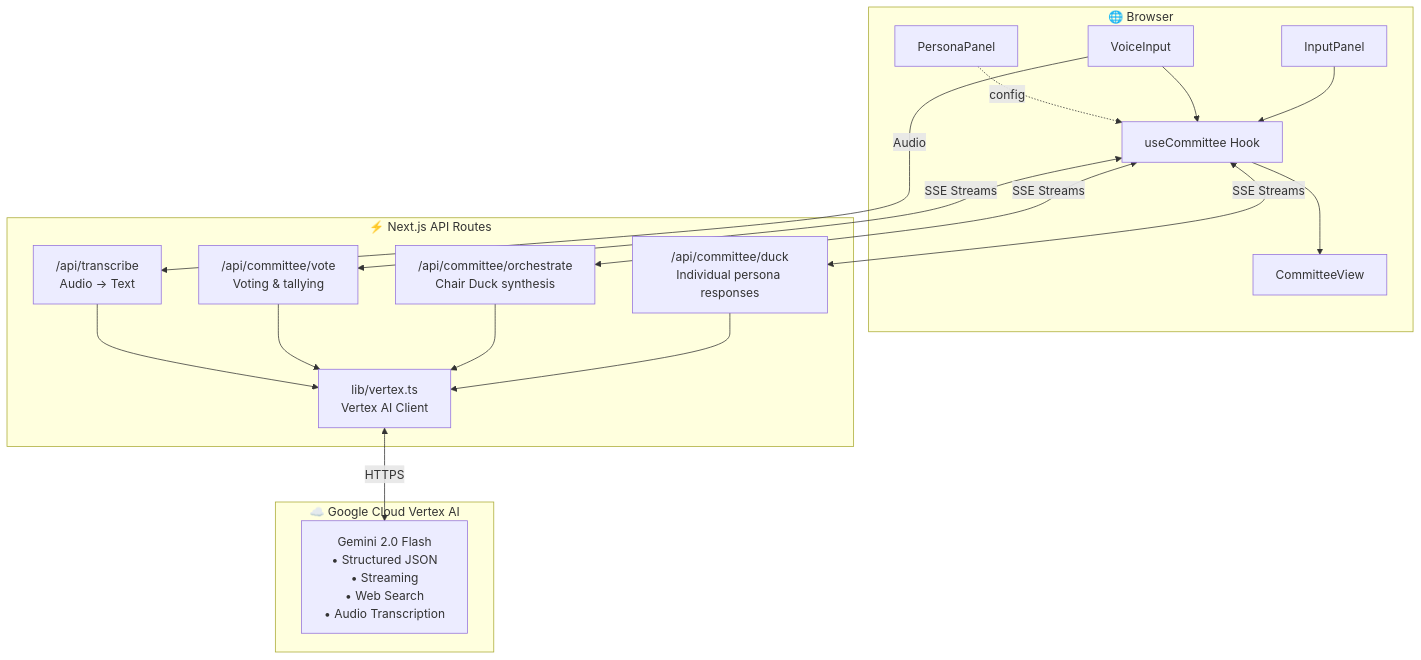
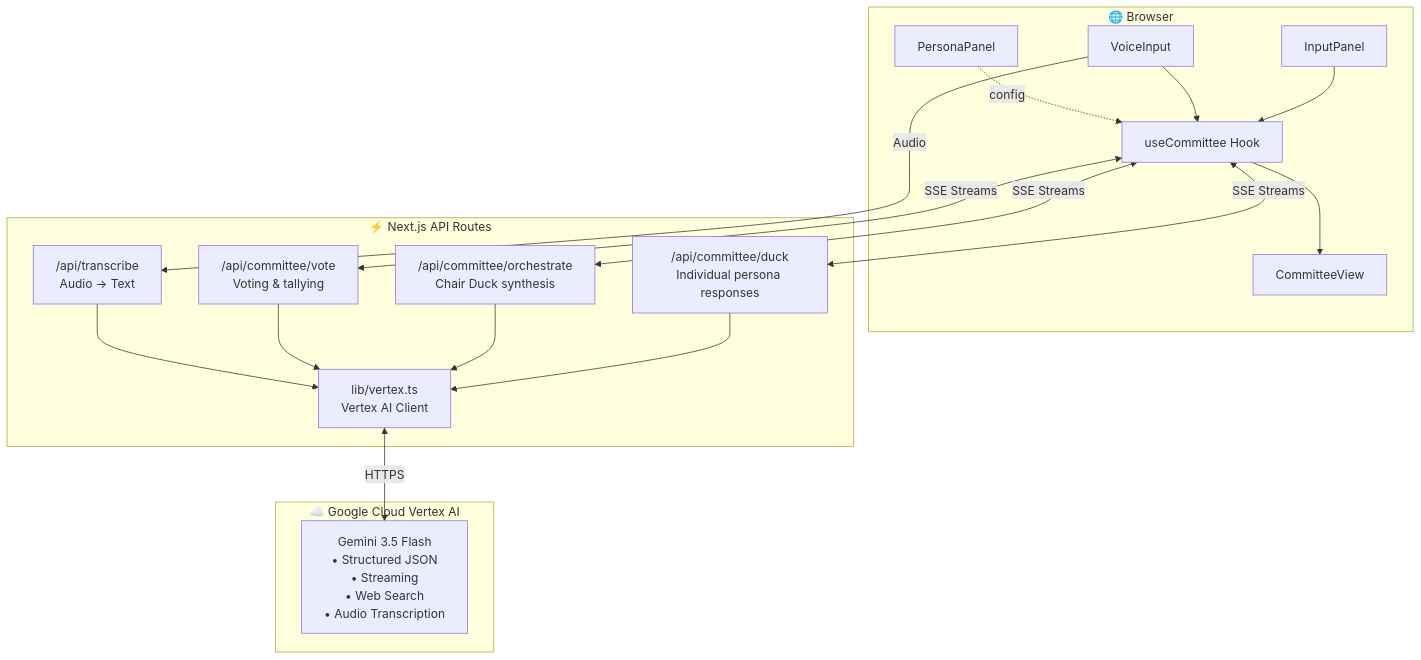
The diagram in README.md (r-leyshon/rubber-duck-committee), drawn with Mermaid before and after one commit. The commit also changed other lines of this file and 6 other files, not shown here.

````diff
--- a/README.md
+++ b/README.md
@@ -18,39 +18,39 @@
 ```mermaid
 flowchart TB
     subgraph Browser["🌐 Browser"]
         IP[InputPanel]
         VI[VoiceInput]
         CV[CommitteeView]
         PP[PersonaPanel]
         UC[useCommittee Hook]
         
         IP --> UC
         VI --> UC
         UC --> CV
         PP -.->|config| UC
     end
     
     subgraph API["⚡ Next.js API Routes"]
         Duck["/api/committee/duck<br/>Individual persona responses"]
         Orch["/api/committee/orchestrate<br/>Chair Duck synthesis"]
         Vote["/api/committee/vote<br/>Voting & tallying"]
         Trans["/api/transcribe<br/>Audio → Text"]
         Vertex["lib/vertex.ts<br/>Vertex AI Client"]
         
         Duck --> Vertex
         Orch --> Vertex
         Vote --> Vertex
         Trans --> Vertex
     end
     
     subgraph GCP["☁️ Google Cloud Vertex AI"]
-        Gemini["Gemini 2.0 Flash<br/>• Structured JSON<br/>• Streaming<br/>• Web Search<br/>• Audio Transcription"]
+        Gemini["Gemini 3.5 Flash<br/>• Structured JSON<br/>• Streaming<br/>• Web Search<br/>• Audio Transcription"]
     end
     
     UC <-->|SSE Streams| Duck
     UC <-->|SSE Streams| Orch
     UC <-->|SSE Streams| Vote
     VI -->|Audio| Trans
     
     Vertex <-->|HTTPS| Gemini
 ```
````
